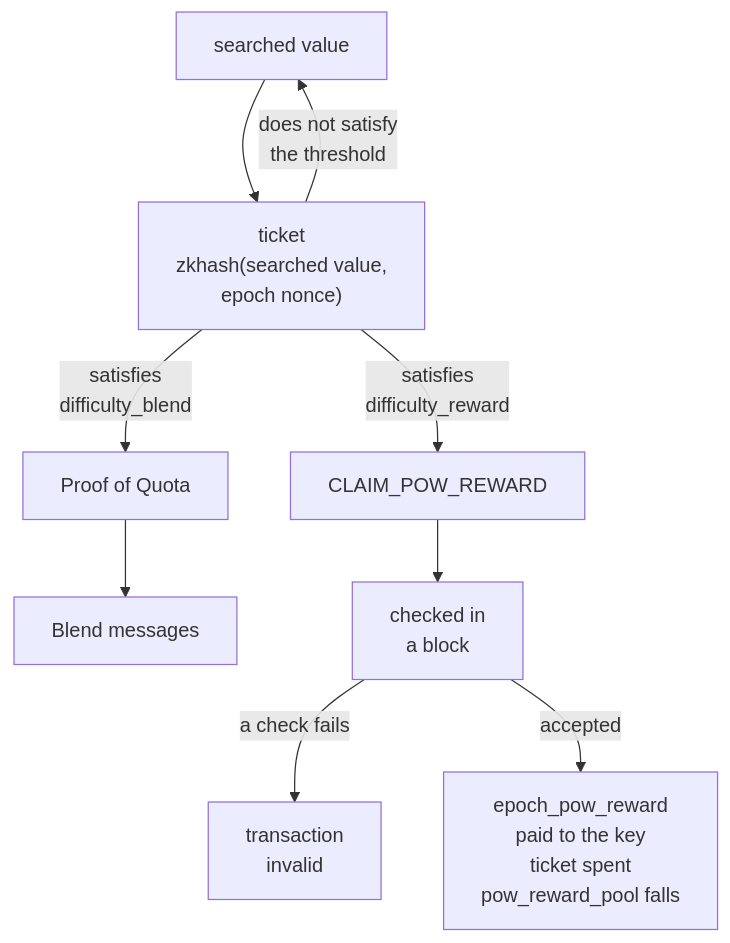
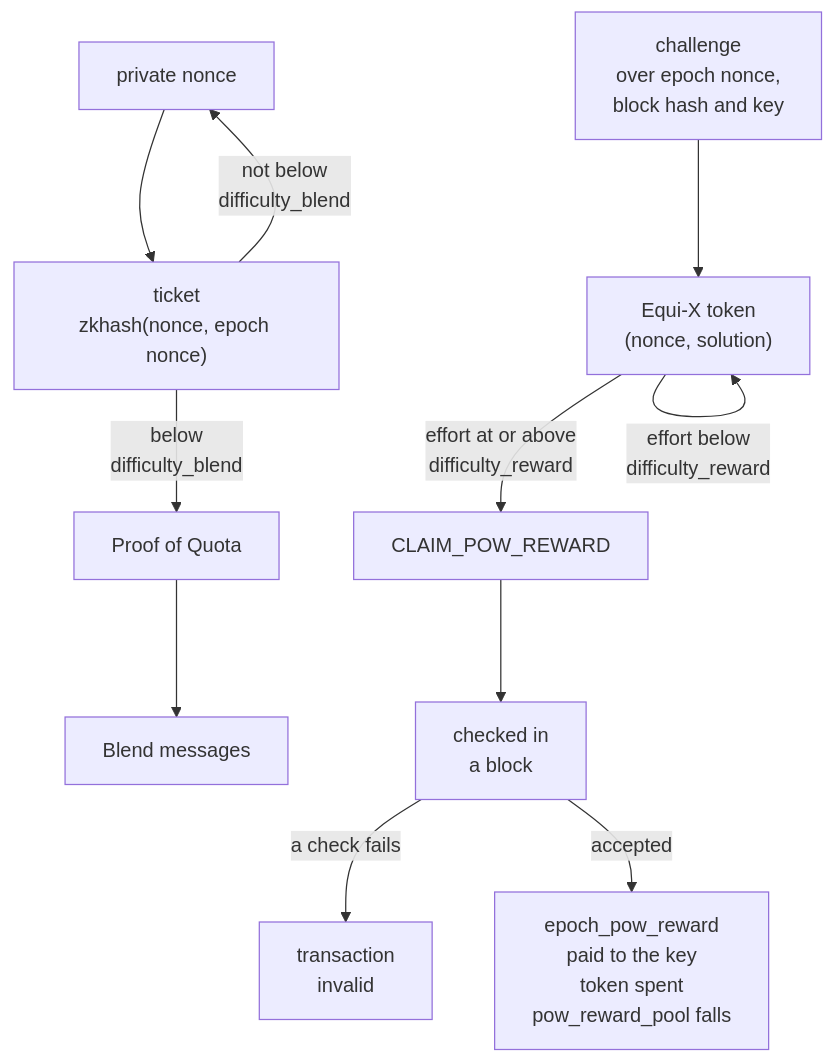
The fourth of 4 diagrams in docs/blockchain/raw/proof-of-work.md (logos-co/logos-lips), drawn with Mermaid before and after one commit. The commit also changed other lines of this file and 1 other file, not shown here.

First line of the commit message:
pow: solve the reward puzzle with Equi-X against an effort target

````diff
--- a/docs/blockchain/raw/proof-of-work.md
+++ b/docs/blockchain/raw/proof-of-work.md
@@ -83,13 +87,14 @@
 ```mermaid
 graph TB
-    sv["searched value"] --> tk["ticket<br/>zkhash(searched value,<br/>epoch nonce)"]
-    tk -- "does not satisfy<br/>the threshold" --> sv
-
-    tk -- "satisfies<br/>difficulty_blend" --> pq["Proof of Quota"]
+    n["private nonce"] --> tk["ticket<br/>zkhash(nonce, epoch nonce)"]
+    tk -- "not below<br/>difficulty_blend" --> n
+    tk -- "below<br/>difficulty_blend" --> pq["Proof of Quota"]
     pq --> bm["Blend messages"]
 
-    tk -- "satisfies<br/>difficulty_reward" --> cl["CLAIM_POW_REWARD"]
+    ec["challenge<br/>over epoch nonce,<br/>block hash and key"] --> et["Equi-X token<br/>(nonce, solution)"]
+    et -- "effort below<br/>difficulty_reward" --> et
+    et -- "effort at or above<br/>difficulty_reward" --> cl["CLAIM_POW_REWARD"]
     cl --> vc["checked in<br/>a block"]
     vc -- "a check fails" --> iv["transaction<br/>invalid"]
-    vc -- "accepted" --> ac["epoch_pow_reward<br/>paid to the key<br/>ticket spent<br/>pow_reward_pool falls"]
+    vc -- "accepted" --> ac["epoch_pow_reward<br/>paid to the key<br/>token spent<br/>pow_reward_pool falls"]
 ```
````
